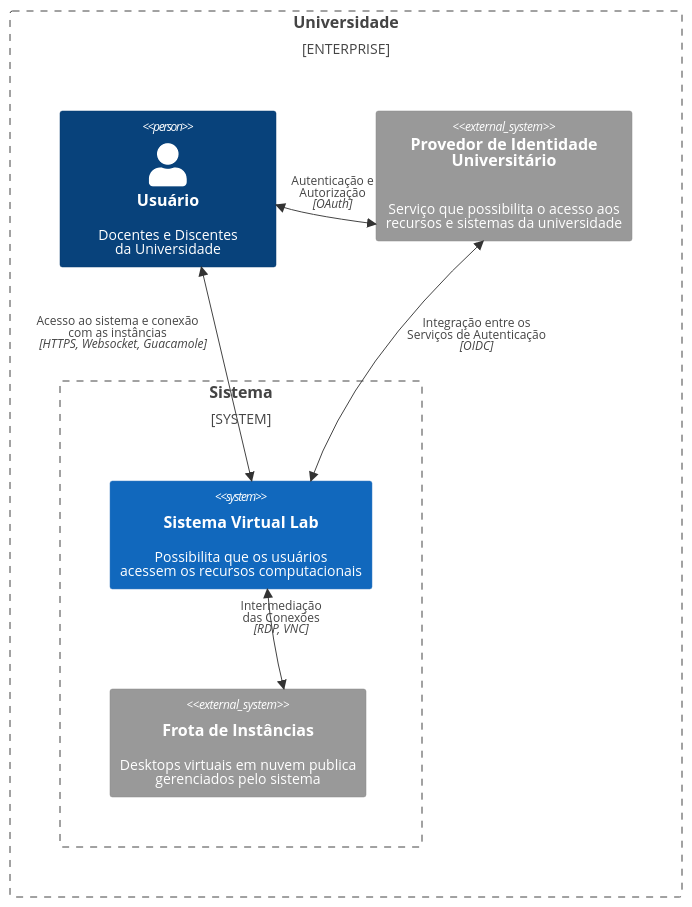
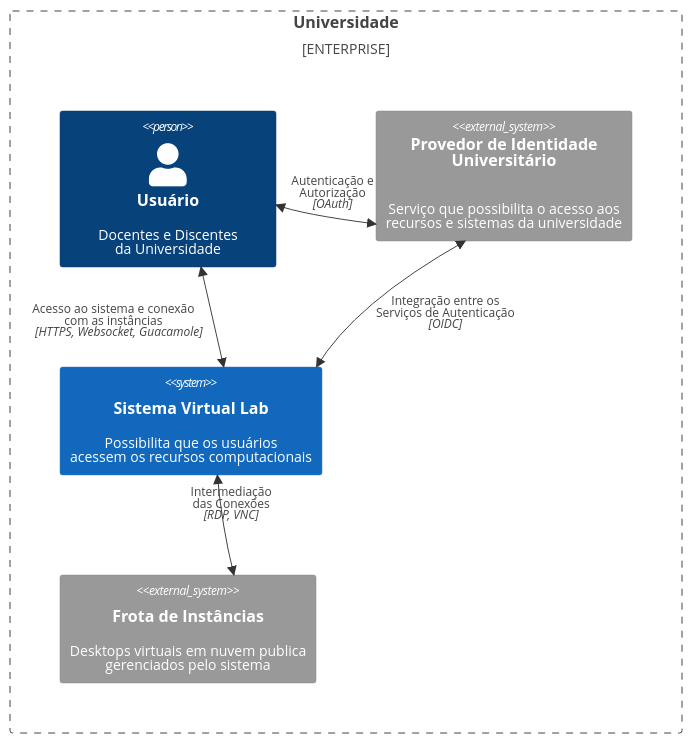
One commit to worgho2/final-paper-utfpr changed the diagram in capitulos/2-metodologia/files/c4-system-context.mmd. Above: the diagram before and after it, drawn with Mermaid. The commit also changed 6 other files, not shown here.

```diff
--- a/capitulos/2-metodologia/files/c4-system-context.mmd
+++ b/capitulos/2-metodologia/files/c4-system-context.mmd
@@ -1,20 +1,19 @@
 C4Context
     Enterprise_Boundary(eb-university, "Universidade") {
         Person(user, "Usuário", "Docentes e Discentes <br/> da Universidade")
         System_Ext(external-auth-provider, "Provedor de Identidade<br/>Universitário", "Serviço que possibilita o acesso aos <br/>recursos e sistemas da universidade")
 
-        Boundary(system, "Sistema", "SYSTEM") {
-            System(virtual-lab, "Sistema Virtual Lab", "Possibilita que os usuários <br/> acessem os recursos computacionais")
+        System(virtual-lab, "Sistema Virtual Lab", "Possibilita que os usuários <br/> acessem os recursos computacionais")
             System_Ext(instance-fleet, "Frota de Instâncias", "Desktops virtuais em nuvem publica<br/> gerenciados pelo sistema")
-        }
     }
 
     BiRel(user, virtual-lab, "Acesso ao sistema e conexão<br/> com as instâncias", "HTTPS, Websocket, Guacamole")
     BiRel(user, external-auth-provider, "Autenticação e <br/>Autorização", "OAuth")
     BiRel(virtual-lab, instance-fleet, "Intermediação <br/> das Conexões", "RDP, VNC")
     BiRel(virtual-lab, external-auth-provider, "Integração entre os <br/> Serviços de Autenticação", "OIDC")
 
-    UpdateRelStyle(user, virtual-lab, $offsetX="-190", $offsetY="-50")
+    UpdateRelStyle(user, virtual-lab, $offsetX="-180", $offsetY="-5")
     UpdateRelStyle(virtual-lab, instance-fleet, $offsetX="-35", $offsetY="-30")
     UpdateRelStyle(user, external-auth-provider, $offsetX="-35", $offsetY="-30")
-    UpdateRelStyle(virtual-lab, external-auth-provider, $offsetX="10", $offsetY="-35")
+    UpdateRelStyle(virtual-lab, external-auth-provider, $offsetX="-15", $offsetY="0")
+    UpdateLayoutConfig($c4ShapeInRow="2")
```
